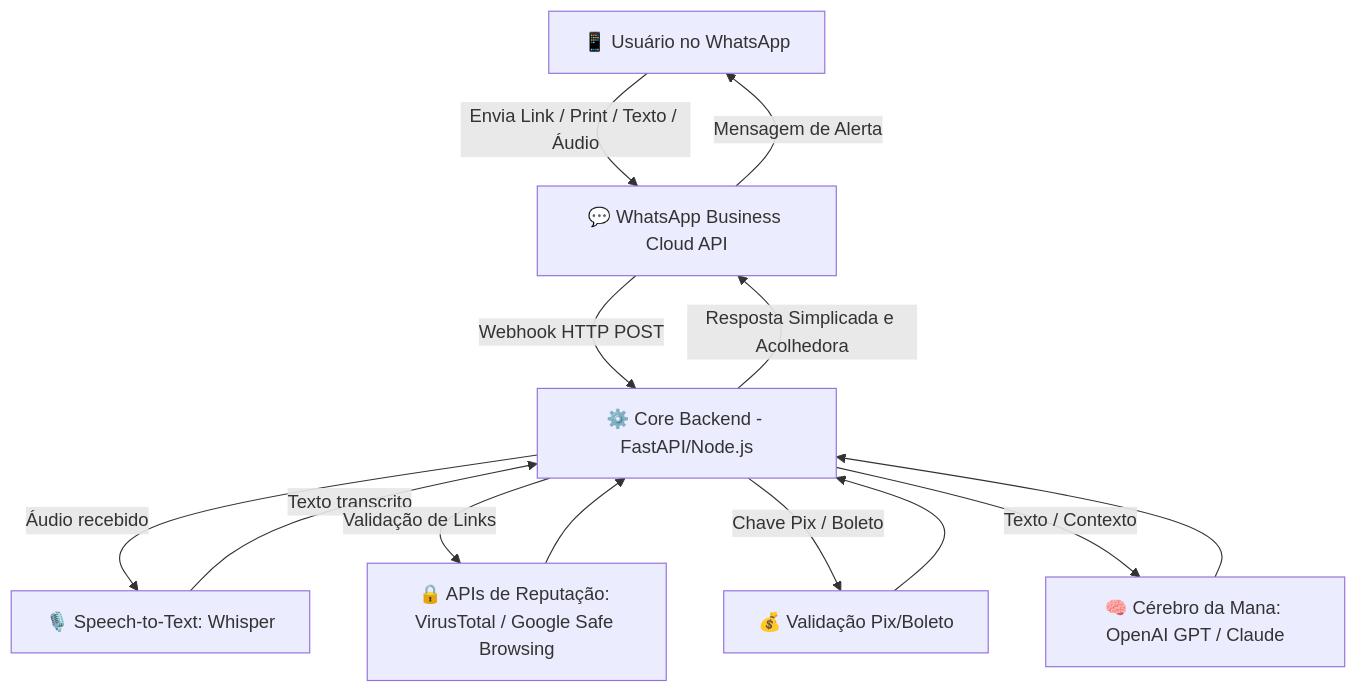
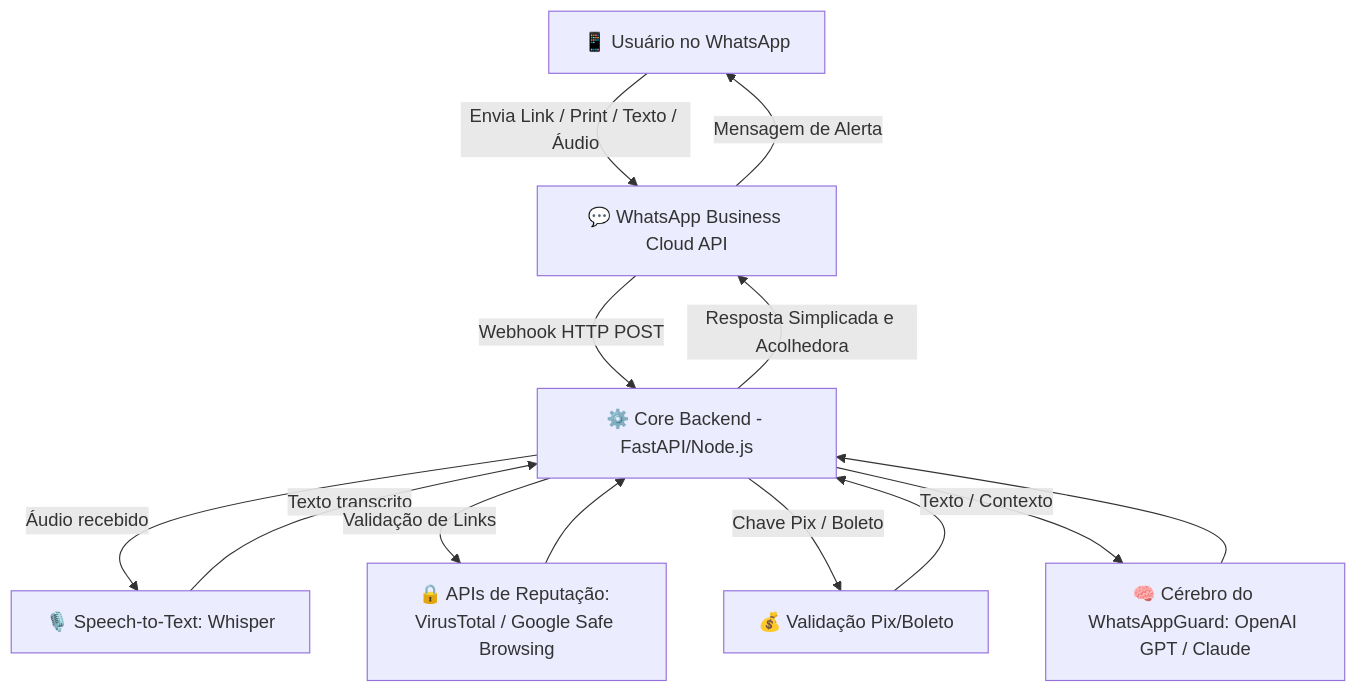
Before and after one commit to marleciooliveira/WhatsApp_guard: the diagram in README.md, drawn with Mermaid. The commit also changed other lines of this file and 7 other files, not shown here.

First line of the commit message:
Renomeia Mana para WhatsAppGuard e cria landing page de marketing

````diff
--- a/README.md
+++ b/README.md
@@ -46,19 +47,19 @@
 ```mermaid
 graph TD
     User[📱 Usuário no WhatsApp] -->|Envia Link / Print / Texto / Áudio| WA_API[💬 WhatsApp Business Cloud API]
     WA_API -->|Webhook HTTP POST| Backend[⚙️ Core Backend - FastAPI/Node.js]
 
     Backend -->|Áudio recebido| STT[🎙️ Speech-to-Text: Whisper]
     STT -->|Texto transcrito| Backend
 
     Backend -->|Validação de Links| Security_APIs[🔒 APIs de Reputação: VirusTotal / Google Safe Browsing]
     Backend -->|Chave Pix / Boleto| Pix_Validation[💰 Validação Pix/Boleto]
-    Backend -->|Texto / Contexto| LLM_Mana[🧠 Cérebro da Mana: OpenAI GPT / Claude]
+    Backend -->|Texto / Contexto| LLM_WAG[🧠 Cérebro do WhatsAppGuard: OpenAI GPT / Claude]
 
     Security_APIs --> Backend
     Pix_Validation --> Backend
-    LLM_Mana --> Backend
+    LLM_WAG --> Backend
 
     Backend -->|Resposta Simplicada e Acolhedora| WA_API
     WA_API -->|Mensagem de Alerta| User
 ```
````
